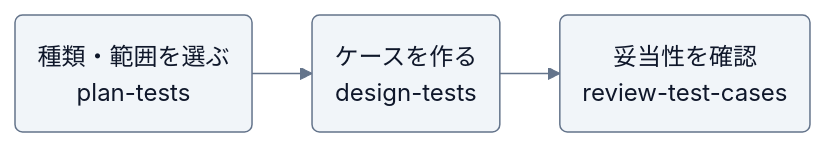
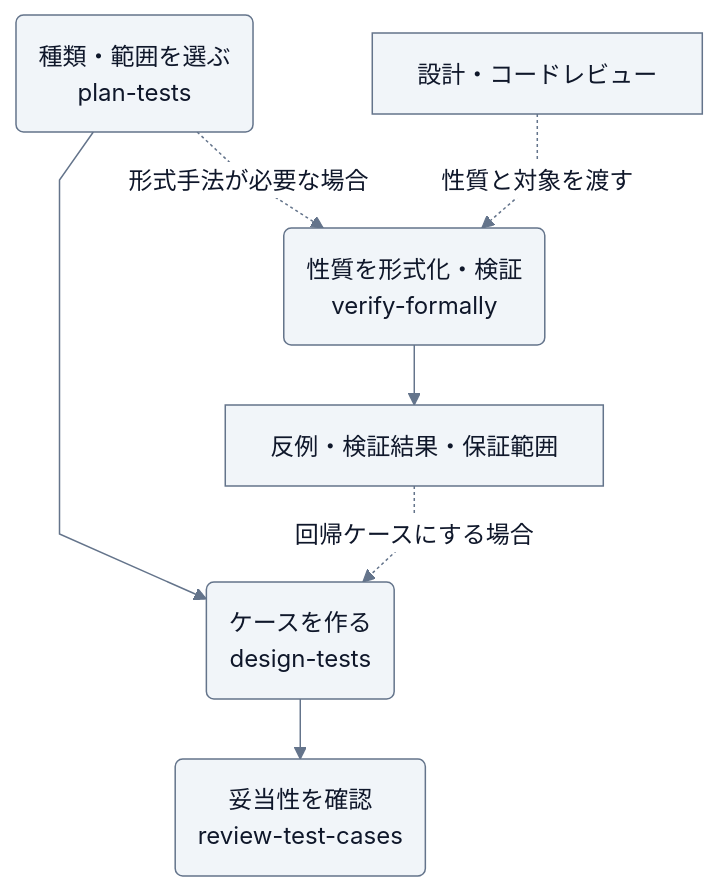
Before and after one commit to Wataru-Toriumi/agent-skills: the diagram in plugins/probe/README.md, drawn with Mermaid. The commit also changed other lines of this file and 11 other files, not shown here.

````diff
--- a/plugins/probe/README.md
+++ b/plugins/probe/README.md
@@ -17,25 +19,29 @@
 ```mermaid
 ---
 config:
   theme: base
   look: classic
   fontFamily: sans-serif
   themeVariables:
     primaryColor: "#F1F5F9"
     primaryTextColor: "#0F172A"
     primaryBorderColor: "#64748B"
     lineColor: "#64748B"
     tertiaryColor: "#F8FAFC"
     clusterBkg: "#F8FAFC"
     clusterBorder: "#CBD5E1"
     edgeLabelBackground: "#FFFFFF"
   flowchart:
     wrappingWidth: 300
     curve: linear
     nodeSpacing: 32
     rankSpacing: 40
 ---
-flowchart LR
+flowchart TD
     plan("種類・範囲を選ぶ<br/>plan-tests") --> design("ケースを作る<br/>design-tests")
     design --> review("妥当性を確認<br/>review-test-cases")
+    plan -. 形式手法が必要な場合 .-> formal("性質を形式化・検証<br/>verify-formally")
+    source["設計・コードレビュー"] -. 性質と対象を渡す .-> formal
+    formal --> evidence["反例・検証結果・保証範囲"]
+    evidence -. 回帰ケースにする場合 .-> design
 ```
````
